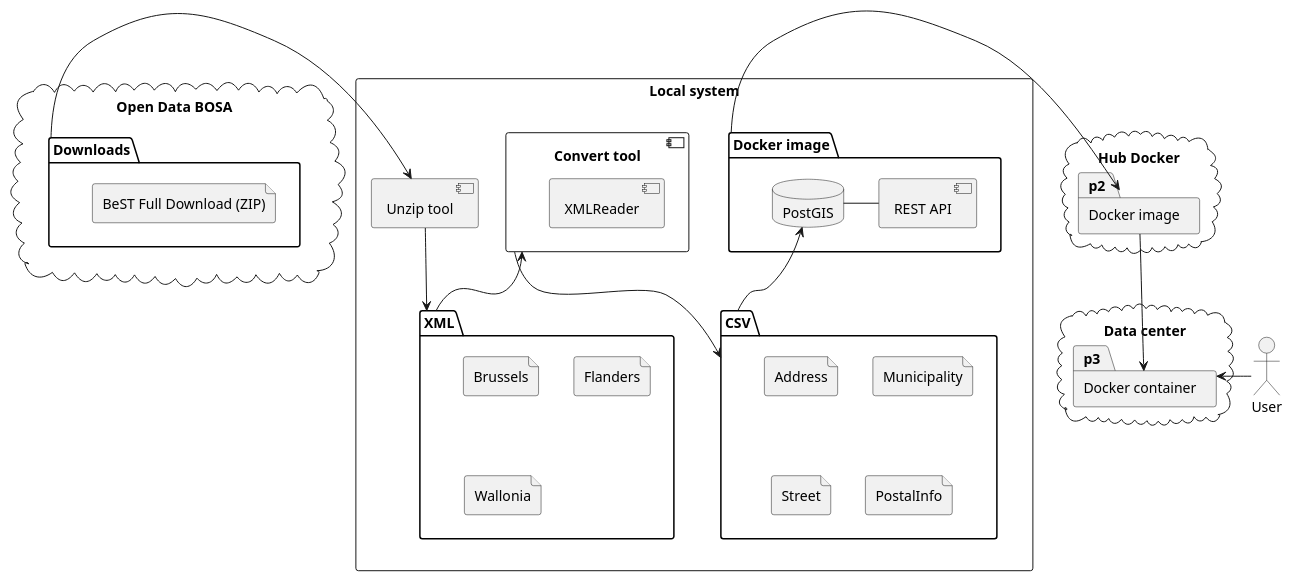
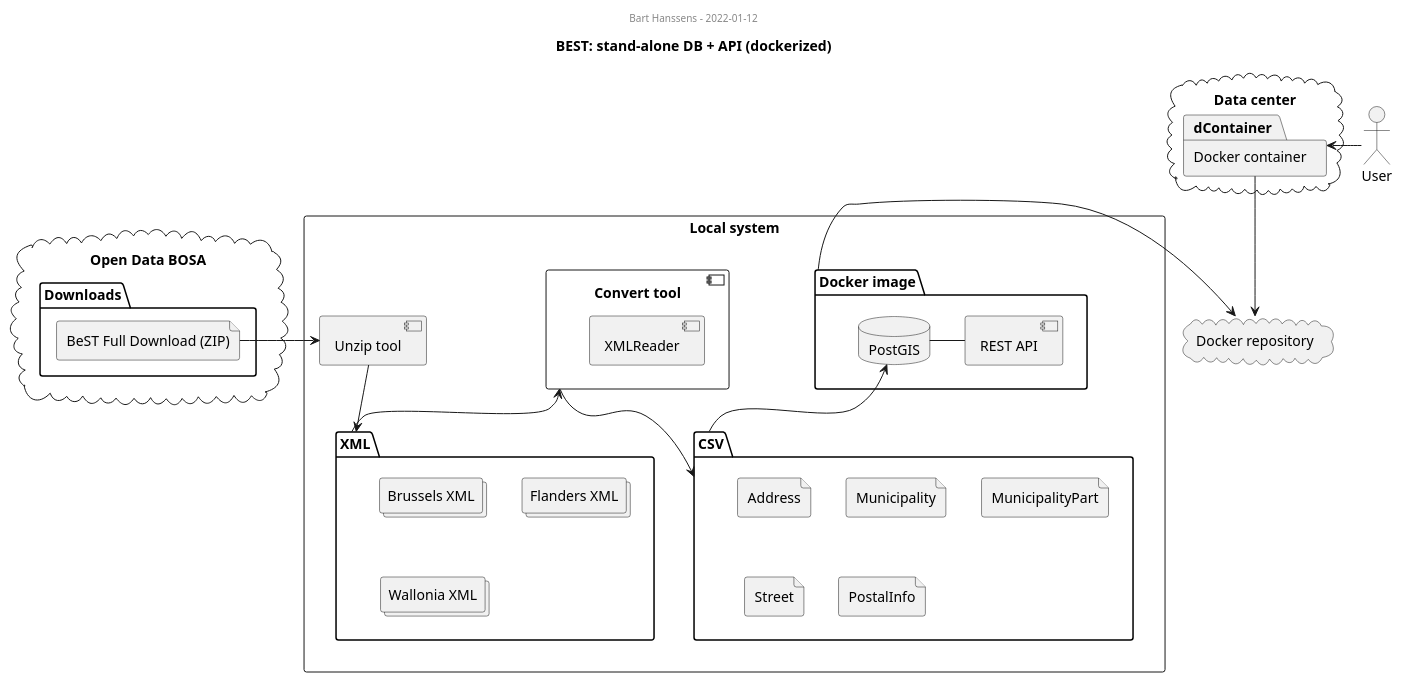
The diagram in java/webservice/best-webservice.puml (Fedict/best-tools), drawn with PlantUML before and after one commit. The commit also changed 1 other file, not shown here.

Commit message:
Updated schema Signed-off-by:Bart Hanssens <bart.hanssens@bosa.fgov.be>

```diff
--- a/java/webservice/best-webservice.puml
+++ b/java/webservice/best-webservice.puml
@@ -1,58 +1,60 @@
 @startuml
 
+title "BEST: stand-alone DB + API (dockerized)"
+center header "Bart Hanssens - 2022-01-12"
+
 cloud "Open Data BOSA" {
-folder "Downloads" as f1 {
-	file "BeST Full Download (ZIP)"
-}
+	folder "Downloads" as folderDownload {
+		file "BeST Full Download (ZIP)" as fileFull
+	}
 }
 
 rectangle "Local system" {
-component "Unzip tool" as c1 {
+	component "Unzip tool" as cUnzip {
+	}
+
+	folder XML as folderXML {
+		collections "Brussels XML"
+		collections "Flanders XML"
+		collections "Wallonia XML"
+	}
+
+	component "Convert tool" as cConvert {
+		component XMLReader
+	}
+
+	folder CSV as folderCSV {
+		file "Address"
+		file "Municipality"
+		file "MunicipalityPart"
+		file "Street"
+		file "PostalInfo"
+	}
+
+	package "Docker image" as dockerImage {
+		database PostGIS as dbPg
+			component "REST API" as cAPI
+	}
 }
 
-folder XML as f2 {
-	file "Brussels"
-	file "Flanders"
-	file "Wallonia"
-}
-
-component "Convert tool" as c2 {
-  component XMLReader
-}
-
-folder CSV as f3 {
-	file "Address"
-	file "Municipality"
-	file "Street"
-	file "PostalInfo"
-}
-
-package "Docker image" as p1 {
-  database PostGIS as d1 
-  component "REST API" as c3
-}
-}
-
-cloud "Hub Docker" {
-package "Docker image" as p2 {
-}
+cloud "Docker repository" as hubDocker {
 }
 
 cloud "Data center" {
-package "Docker container" as p3 {
-}
+		package "Docker container" as dContainer {
+	}
 }
 
-actor User as a1
+actor User as user
 
-f1 -right-> c1
-c1 -down-> f2 
-f2 -up-> c2
-c2 -down-> f3
-f3 -up-> d1
-d1 -right- c3
-p1 -right-> p2
-p2 -down-> p3
-a1 -> p3
+fileFull -right-> cUnzip
+cUnzip -down-> folderXML
+folderXML -up-> cConvert
+cConvert -down-> folderCSV
+folderCSV -up-> dbPg
+dbPg -right- cAPI
+dockerImage -right-> hubDocker
+dContainer -down-> hubDocker
+user -> dContainer
 
 @enduml
```
